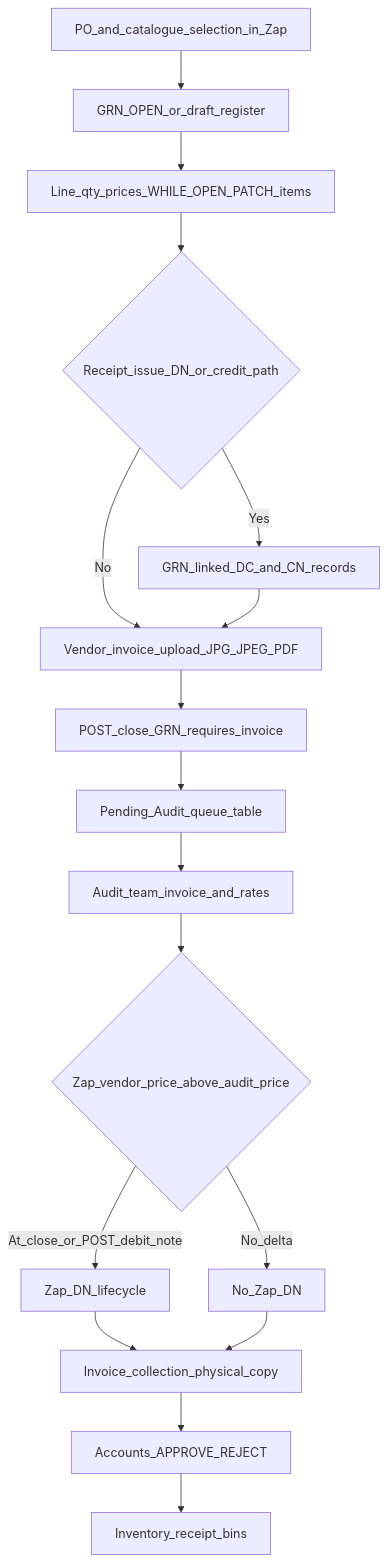
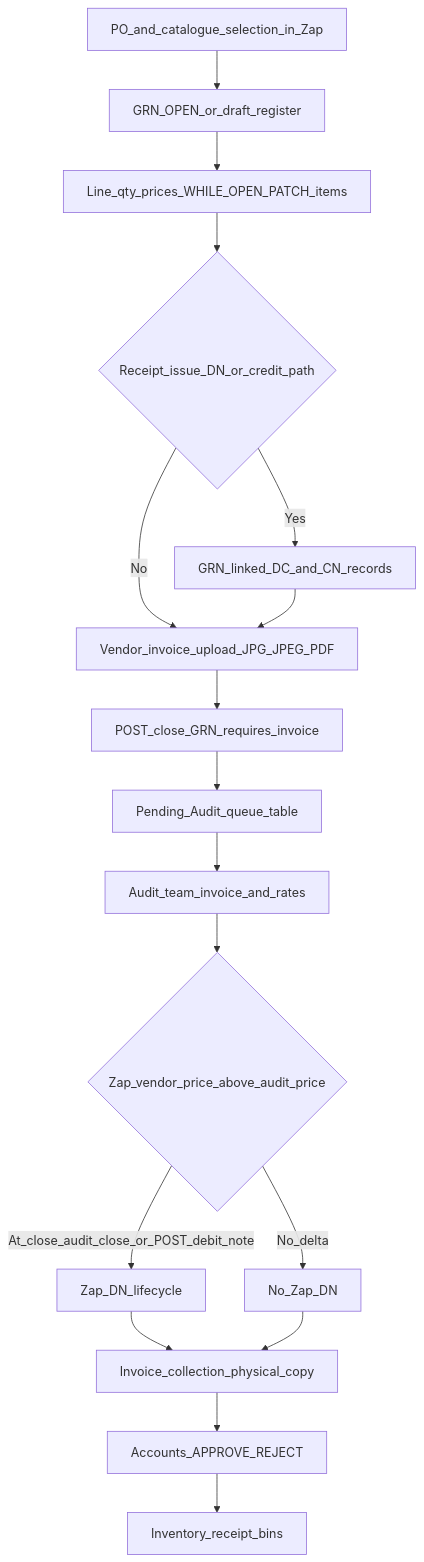
The first of 3 diagrams in docs/inbound-grn-debit-credit-note-flows.md (mohittambi/zap), drawn with Mermaid before and after one commit. The commit also changed other lines of this file and 16 other files, not shown here.

````diff
--- a/docs/inbound-grn-debit-credit-note-flows.md
+++ b/docs/inbound-grn-debit-credit-note-flows.md
@@ -19,31 +19,31 @@
 ```mermaid
 flowchart TD
     PO[PO_and_catalogue_selection_in_Zap] --> GRN_OPEN["GRN_OPEN_or_draft_register"]
 
     GRN_OPEN --> QTY["Line_qty_prices_WHILE_OPEN_PATCH_items"]
 
     QTY --> RCP_ISSUE{Receipt_issue_DN_or_credit_path}
 
     RCP_ISSUE -->|Yes| GRN_DCIN["GRN_linked_DC_and_CN_records"]
     RCP_ISSUE -->|No| INV_UP
 
     GRN_DCIN --> INV_UP["Vendor_invoice_upload_JPG_JPEG_PDF"]
 
     INV_UP --> CLOSE_GRN["POST_close_GRN_requires_invoice"]
 
     CLOSE_GRN --> AUDIT_QUEUE["Pending_Audit_queue_table"]
 
     AUDIT_QUEUE --> AUDIT_TEAM["Audit_team_invoice_and_rates"]
 
     AUDIT_TEAM --> RATE_DN{Zap_vendor_price_above_audit_price}
 
-    RATE_DN -->|At_close_or_POST_debit_note| DN_ZAP["Zap_DN_lifecycle"]
+    RATE_DN -->|At_close_audit_close_or_POST_debit_note| DN_ZAP["Zap_DN_lifecycle"]
     RATE_DN -->|No_delta| SKIP_DN[No_Zap_DN]
 
     DN_ZAP --> INV_COLL["Invoice_collection_physical_copy"]
     SKIP_DN --> INV_COLL
 
     INV_COLL --> ACCOUNTS["Accounts_APPROVE_REJECT"]
 
     ACCOUNTS --> INV_REC["Inventory_receipt_bins"]
 ```
````
